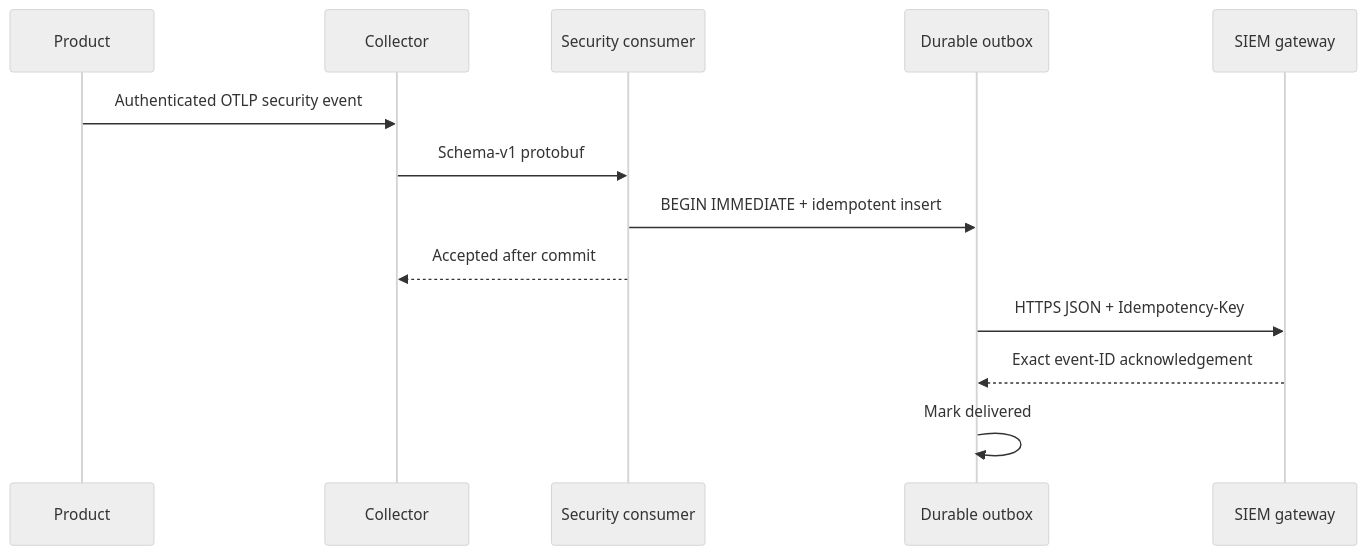
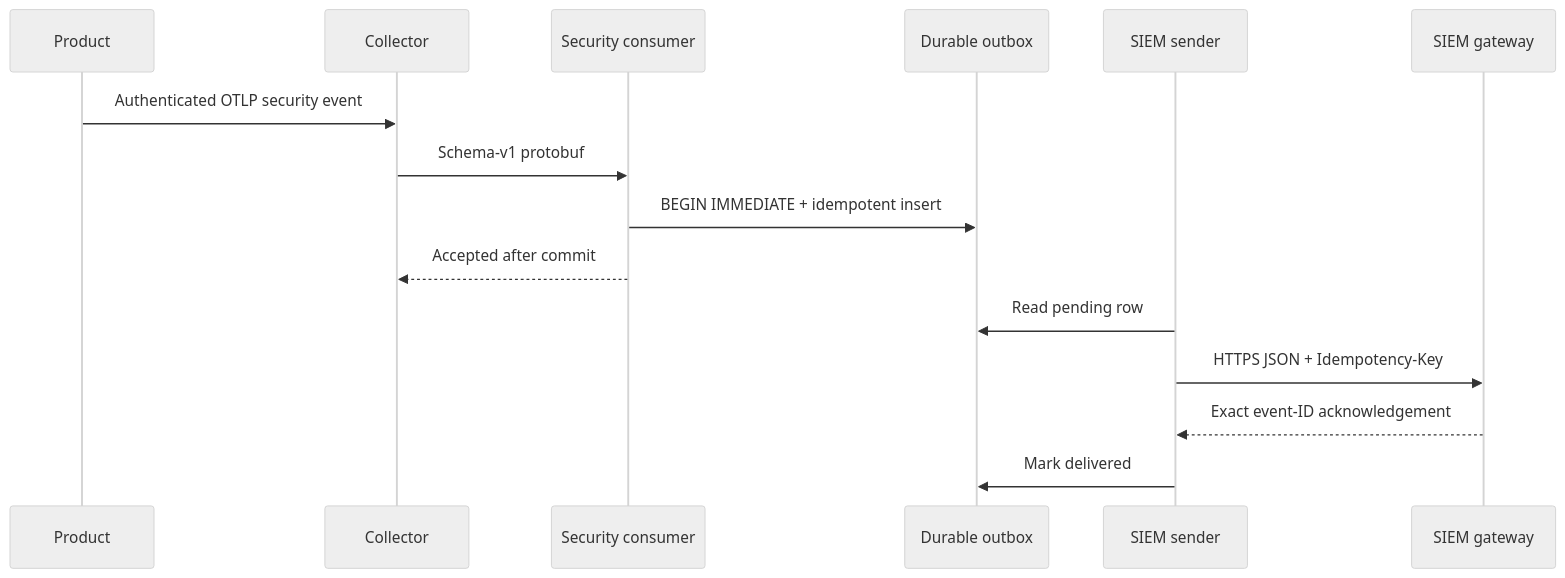
The second of 3 diagrams in docs/product-technical-gap-baseline.md (ContextualWisdomLab/cwl-telemetry), drawn with Mermaid (neutral theme) before and after one commit. The commit also changed other lines of this file and 2 other files, not shown here.

Commit message:
docs: correct telemetry evidence and sender topology

````diff
--- a/docs/product-technical-gap-baseline.md
+++ b/docs/product-technical-gap-baseline.md
@@ -67,15 +70,17 @@
 ```mermaid
 sequenceDiagram
     participant P as Product
     participant C as Collector
     participant R as Security consumer
     participant O as Durable outbox
+    participant D as SIEM sender
     participant S as SIEM gateway
     P->>C: Authenticated OTLP security event
     C->>R: Schema-v1 protobuf
     R->>O: BEGIN IMMEDIATE + idempotent insert
     R-->>C: Accepted after commit
-    O->>S: HTTPS JSON + Idempotency-Key
-    S-->>O: Exact event-ID acknowledgement
-    O->>O: Mark delivered
+    D->>O: Read pending row
+    D->>S: HTTPS JSON + Idempotency-Key
+    S-->>D: Exact event-ID acknowledgement
+    D->>O: Mark delivered
 ```
````
